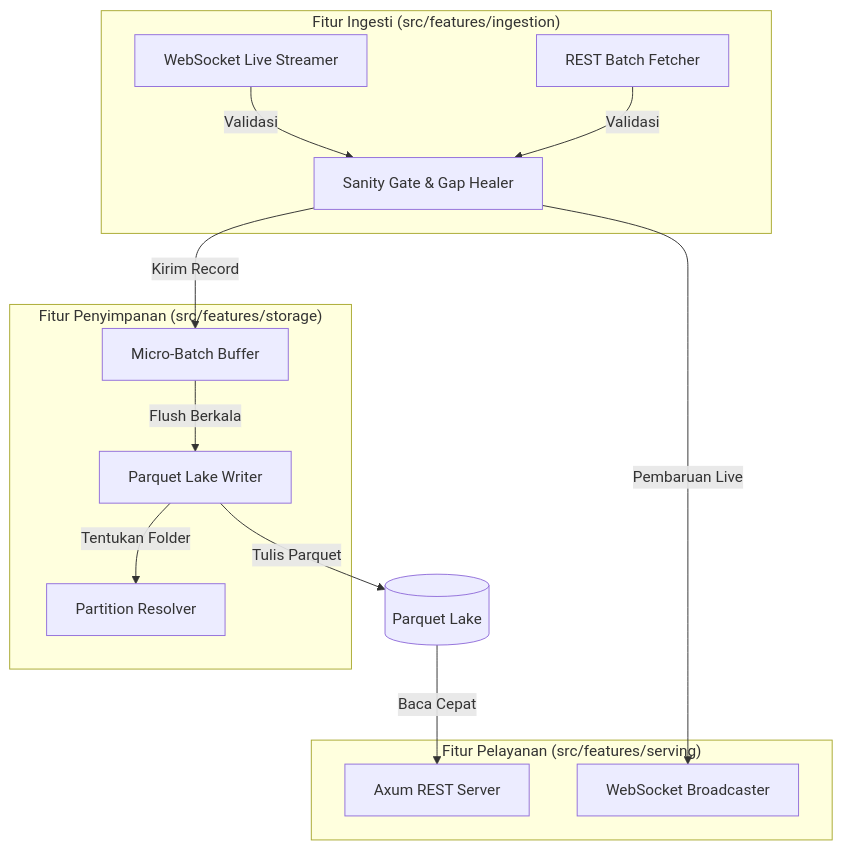
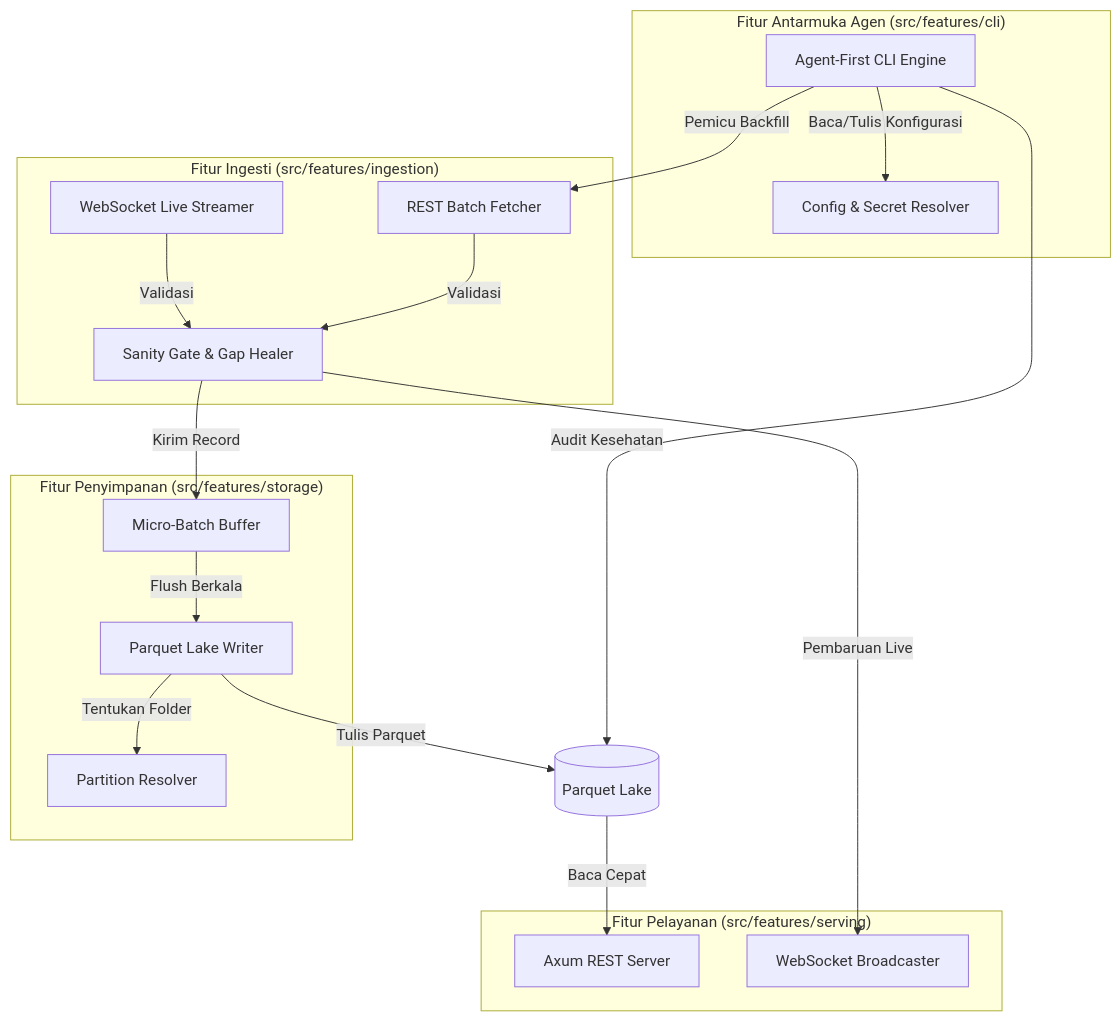
The diagram in docs/architecture/05_building_block_view.md (ihkaru/economy-aggregator), drawn with Mermaid before and after one commit. The commit also changed other lines of this file and 15 other files, not shown here.

First line of the commit message:
docs(roadmap): add Milestone 9 covering One-Config Setup, 2020 Deep Backfill, and Agent-First CLI

````diff
--- a/docs/architecture/05_building_block_view.md
+++ b/docs/architecture/05_building_block_view.md
@@ -13,28 +13,36 @@
 ```mermaid
 graph TD
     subgraph IngestionSlice["Fitur Ingesti (src/features/ingestion)"]
         WS[WebSocket Live Streamer]
         REST[REST Batch Fetcher]
         SAN[Sanity Gate & Gap Healer]
     end
 
     subgraph StorageSlice["Fitur Penyimpanan (src/features/storage)"]
         BUF[Micro-Batch Buffer]
         WRITER[Parquet Lake Writer]
         RESOLVER[Partition Resolver]
     end
 
     subgraph ServingSlice["Fitur Pelayanan (src/features/serving)"]
         API[Axum REST Server]
         BC[WebSocket Broadcaster]
     end
 
+    subgraph CliSlice["Fitur Antarmuka Agen (src/features/cli)"]
+        CLI[Agent-First CLI Engine]
+        CFG[Config & Secret Resolver]
+    end
+
     WS -->|Validasi| SAN
     REST -->|Validasi| SAN
     SAN -->|Kirim Record| BUF
     BUF -->|Flush Berkala| WRITER
     WRITER -->|Tentukan Folder| RESOLVER
     WRITER -->|Tulis Parquet| DISK[(Parquet Lake)]
     DISK -->|Baca Cepat| API
     SAN -->|Pembaruan Live| BC
+    CLI -->|Baca/Tulis Konfigurasi| CFG
+    CLI -->|Pemicu Backfill| REST
+    CLI -->|Audit Kesehatan| DISK
 ```
````
